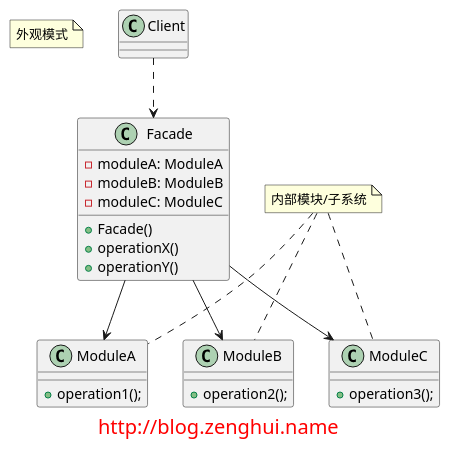
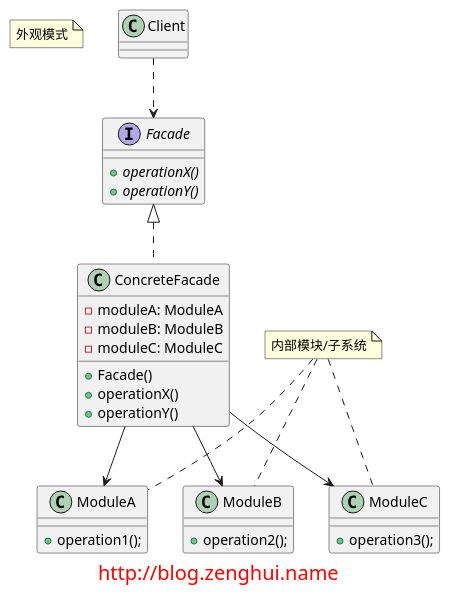
Before and after one commit to elvinzeng/java-design-pattern-samples: the diagram in facade/diagrams/pattern.puml, drawn with PlantUML. The commit also changed 1 other file, not shown here.

Commit message:
更新外观模式的类图

```diff
--- a/facade/diagrams/pattern.puml
+++ b/facade/diagrams/pattern.puml
@@ -1,42 +1,48 @@
 @startuml
 
 note "外观模式" as name
 
-class Facade{
+interface Facade{
+    + {abstract} operationX()
+    + {abstract} operationY()
+}
+
+class ConcreteFacade{
     - moduleA: ModuleA
     - moduleB: ModuleB
     - moduleC: ModuleC
     + Facade()
     + operationX()
     + operationY()
 }
 
 class ModuleA{
     + operation1();
 }
 
 class ModuleB{
     + operation2();
 }
 
 class ModuleC{
     + operation3();
 }
 
-Facade --> ModuleA
-Facade --> ModuleB
-Facade --> ModuleC
+Facade <|.. ConcreteFacade
+ConcreteFacade --> ModuleA
+ConcreteFacade --> ModuleB
+ConcreteFacade --> ModuleC
 
 Client ..> Facade
 
 note "内部模块/子系统" as n1
 
 n1 .. ModuleA
 n1 .. ModuleB
 n1 .. ModuleC
 
 footer
 <font size="20" color="red">http://blog.zenghui.name</font>
 endfooter
 
 @enduml
```
